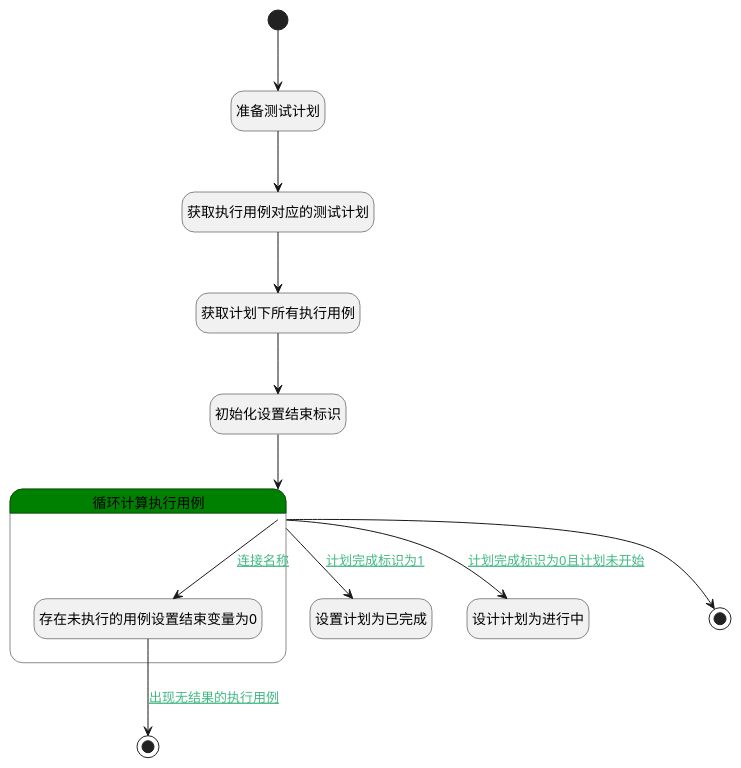
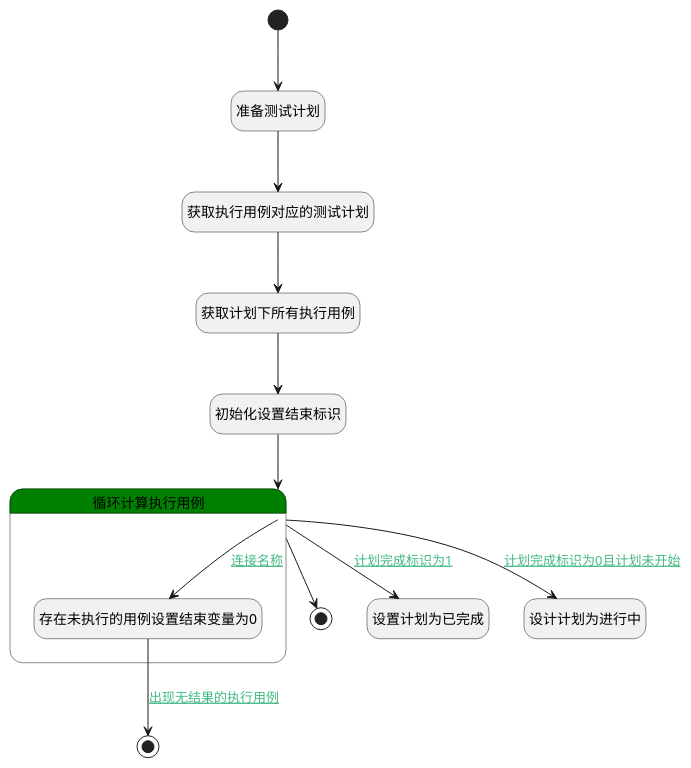
Before and after one commit to iBizLab/plm: the diagram in doc/docsify/module/Base/template_flow/logic/test_plan_auto_set_state.md, drawn with PlantUML. The commit also changed other lines of this file and 2344 other files, not shown here.

````diff
--- a/doc/docsify/module/Base/template_flow/logic/test_plan_auto_set_state.md
+++ b/doc/docsify/module/Base/template_flow/logic/test_plan_auto_set_state.md
@@ -7,38 +7,38 @@
 ```plantuml
 @startuml
 hide empty description
 <style>
 root {
   HyperlinkColor #42b983
 }
 </style>
 
 hide empty description
 state "开始" as Begin <<start>> [[$./test_plan_auto_set_state#begin {"开始"}]]
 state "准备测试计划" as PREPAREPARAM1  [[$./test_plan_auto_set_state#prepareparam1 {"准备测试计划"}]]
 state "获取执行用例对应的测试计划" as DEACTION1  [[$./test_plan_auto_set_state#deaction1 {"获取执行用例对应的测试计划"}]]
 state "获取计划下所有执行用例" as DEDATASET1  [[$./test_plan_auto_set_state#dedataset1 {"获取计划下所有执行用例"}]]
 state "初始化设置结束标识" as PREPAREPARAM3  [[$./test_plan_auto_set_state#prepareparam3 {"初始化设置结束标识"}]]
+state "结束" as END2 <<end>> [[$./test_plan_auto_set_state#end2 {"结束"}]]
 state "设置计划为已完成" as PREPAREPARAM4  [[$./test_plan_auto_set_state#prepareparam4 {"设置计划为已完成"}]]
 state "设计计划为进行中" as PREPAREPARAM5  [[$./test_plan_auto_set_state#prepareparam5 {"设计计划为进行中"}]]
-state "结束" as END2 <<end>> [[$./test_plan_auto_set_state#end2 {"结束"}]]
 state "结束" as END1 <<end>> [[$./test_plan_auto_set_state#end1 {"结束"}]]
 state "循环计算执行用例" as LOOPSUBCALL1  [[$./test_plan_auto_set_state#loopsubcall1 {"循环计算执行用例"}]] #green {
 state "存在未执行的用例设置结束变量为0" as PREPAREPARAM2  [[$./test_plan_auto_set_state#prepareparam2 {"存在未执行的用例设置结束变量为0"}]]
 }
 
 
 Begin --> PREPAREPARAM1
 PREPAREPARAM1 --> DEACTION1
 DEACTION1 --> DEDATASET1
 DEDATASET1 --> PREPAREPARAM3
 PREPAREPARAM3 --> LOOPSUBCALL1
 LOOPSUBCALL1 --> PREPAREPARAM2 : [[$./test_plan_auto_set_state#loopsubcall1-prepareparam2{连接名称} 连接名称]]
 PREPAREPARAM2 --> END1 : [[$./test_plan_auto_set_state#prepareparam2-end1{出现无结果的执行用例} 出现无结果的执行用例]]
 LOOPSUBCALL1 --> PREPAREPARAM4 : [[$./test_plan_auto_set_state#loopsubcall1-prepareparam4{计划完成标识为1} 计划完成标识为1]]
 LOOPSUBCALL1 --> PREPAREPARAM5 : [[$./test_plan_auto_set_state#loopsubcall1-prepareparam5{计划完成标识为0且计划未开始} 计划完成标识为0且计划未开始]]
 LOOPSUBCALL1 --> END2
 
 
 @enduml
 ```
````
